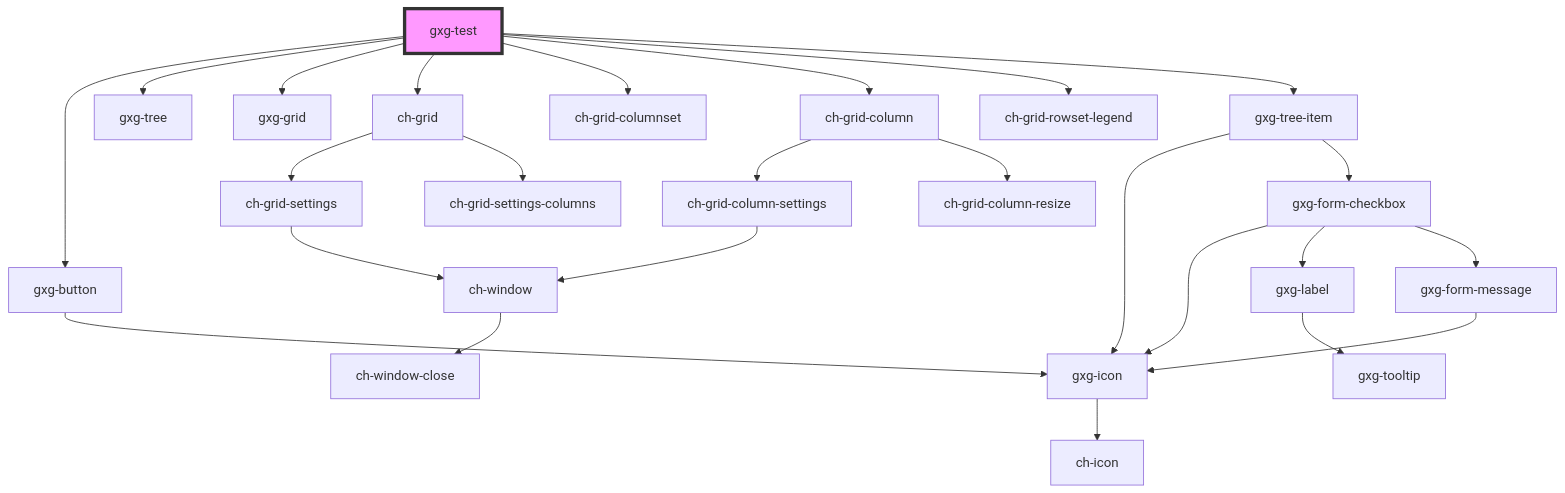
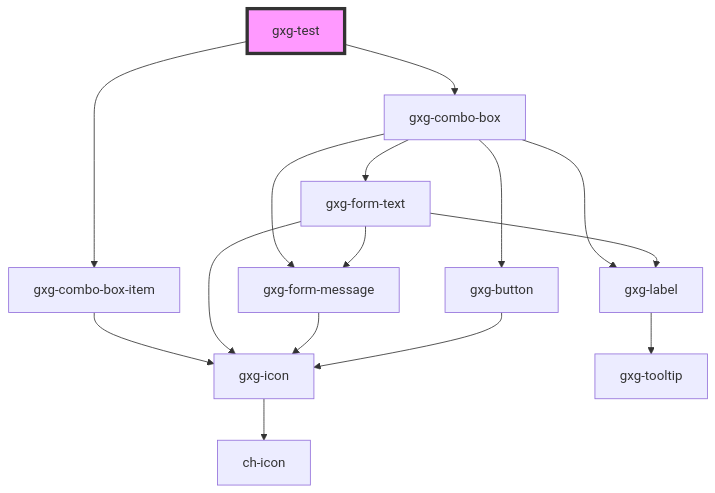
Before and after one commit to genexuslabs/gemini: the diagram in src/components/test/readme.md, drawn with Mermaid. The commit also changed other lines of this file and 10 other files, not shown here.

````diff
--- a/src/components/test/readme.md
+++ b/src/components/test/readme.md
@@ -37,28 +20,18 @@
 ```mermaid
 graph TD;
-  gxg-test --> gxg-button
-  gxg-test --> gxg-tree
-  gxg-test --> gxg-grid
-  gxg-test --> ch-grid
-  gxg-test --> ch-grid-columnset
-  gxg-test --> ch-grid-column
-  gxg-test --> ch-grid-rowset-legend
-  gxg-test --> gxg-tree-item
+  gxg-test --> gxg-combo-box-item
+  gxg-test --> gxg-combo-box
+  gxg-combo-box-item --> gxg-icon
+  gxg-icon --> ch-icon
+  gxg-combo-box --> gxg-label
+  gxg-combo-box --> gxg-form-text
+  gxg-combo-box --> gxg-button
+  gxg-combo-box --> gxg-form-message
+  gxg-label --> gxg-tooltip
+  gxg-form-text --> gxg-icon
+  gxg-form-text --> gxg-label
+  gxg-form-text --> gxg-form-message
+  gxg-form-message --> gxg-icon
   gxg-button --> gxg-icon
-  gxg-icon --> ch-icon
-  ch-grid --> ch-grid-settings
-  ch-grid --> ch-grid-settings-columns
-  ch-grid-settings --> ch-window
-  ch-window --> ch-window-close
-  ch-grid-column --> ch-grid-column-settings
-  ch-grid-column --> ch-grid-column-resize
-  ch-grid-column-settings --> ch-window
-  gxg-tree-item --> gxg-icon
-  gxg-tree-item --> gxg-form-checkbox
-  gxg-form-checkbox --> gxg-icon
-  gxg-form-checkbox --> gxg-label
-  gxg-form-checkbox --> gxg-form-message
-  gxg-label --> gxg-tooltip
-  gxg-form-message --> gxg-icon
   style gxg-test fill:#f9f,stroke:#333,stroke-width:4px
 ```
````
